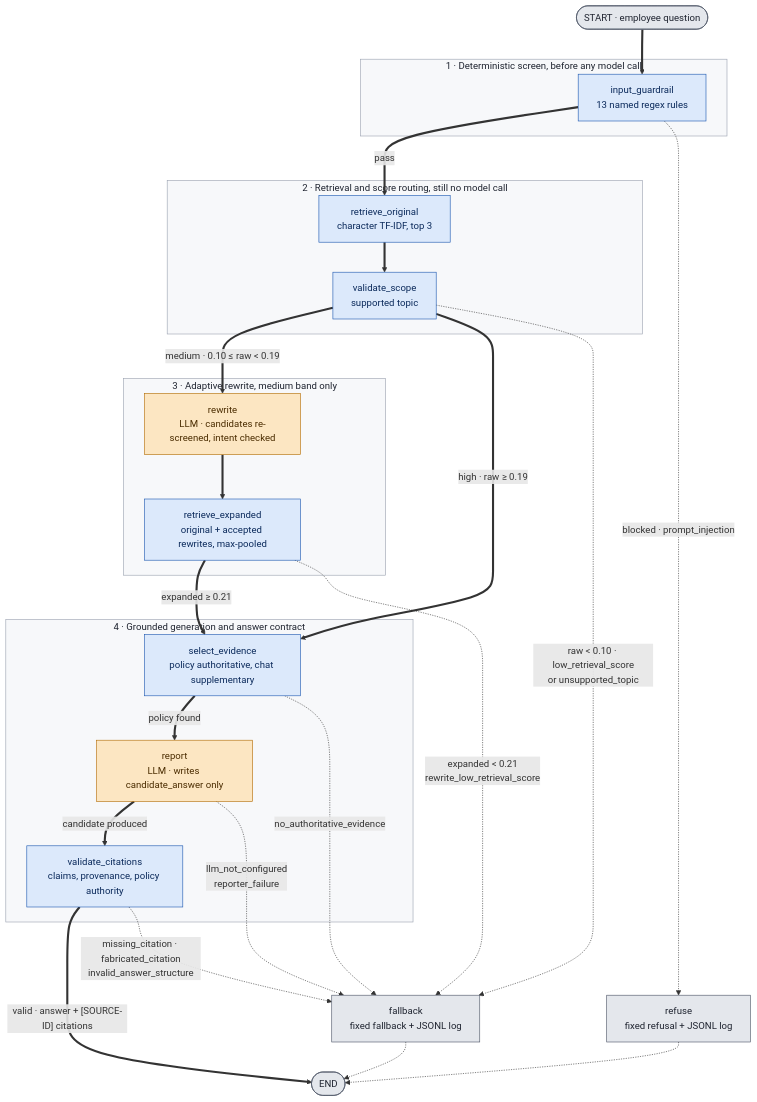
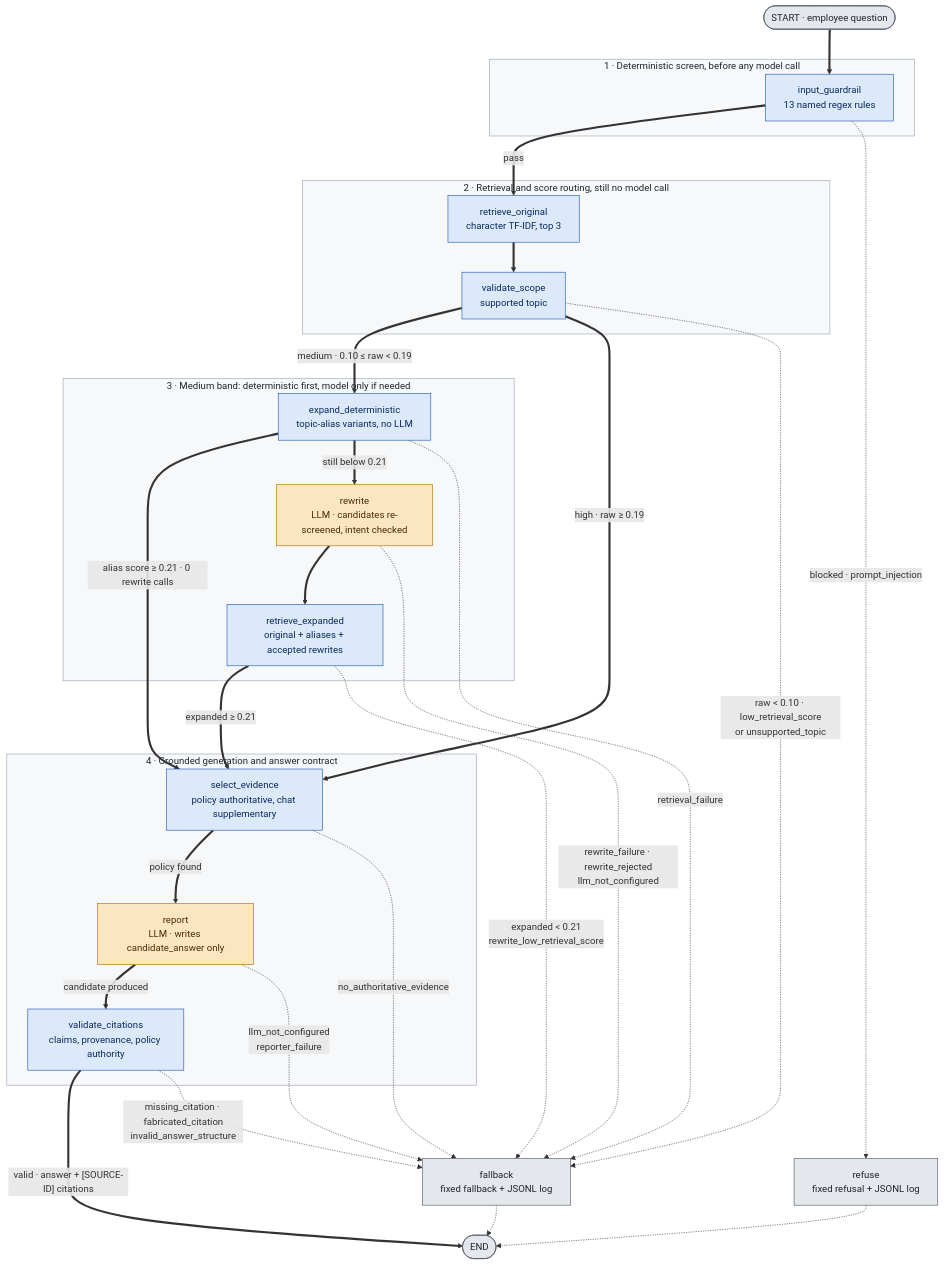
The diagram in README.md (Sayomphon/Enterprise_Knowledge_Support_Agent), drawn with Mermaid before and after one commit. The commit also changed other lines of this file and 22 other files, not shown here.

Commit message:
feat: add deterministic alias expansion and evaluation gates

````diff
--- a/README.md
+++ b/README.md
@@ -585,53 +117,58 @@
 ```mermaid
 flowchart TD
     Q(["START &middot; employee question"]):::term
 
     subgraph G1["1 &middot; Deterministic screen, before any model call"]
         IG["input_guardrail<br/>13 named regex rules"]:::det
     end
 
     subgraph G2["2 &middot; Retrieval and score routing, still no model call"]
         RO["retrieve_original<br/>character TF-IDF, top 3"]:::det
         VS["validate_scope<br/>supported topic"]:::det
     end
 
-    subgraph G3["3 &middot; Adaptive rewrite, medium band only"]
+    subgraph G3["3 &middot; Medium band: deterministic first, model only if needed"]
+        EX["expand_deterministic<br/>topic-alias variants, no LLM"]:::det
         RW["rewrite<br/>LLM &middot; candidates re-screened, intent checked"]:::llm
-        RE["retrieve_expanded<br/>original + accepted rewrites, max-pooled"]:::det
+        RE["retrieve_expanded<br/>original + aliases + accepted rewrites"]:::det
     end
 
     subgraph G4["4 &middot; Grounded generation and answer contract"]
         SE["select_evidence<br/>policy authoritative, chat supplementary"]:::det
         RP["report<br/>LLM &middot; writes candidate_answer only"]:::llm
         VC["validate_citations<br/>claims, provenance, policy authority"]:::det
     end
 
     REF["refuse<br/>fixed refusal + JSONL log"]:::term
     FB["fallback<br/>fixed fallback + JSONL log"]:::term
     EN(["END"]):::term
 
     Q ==> IG
     IG ==>|pass| RO
     IG -. "blocked &middot; prompt_injection" .-> REF
     RO ==> VS
-    VS ==>|"medium &middot; 0.10 &le; raw &lt; 0.19"| RW
+    VS ==>|"medium &middot; 0.10 &le; raw &lt; 0.19"| EX
     VS ==>|"high &middot; raw &ge; 0.19"| SE
     VS -. "raw &lt; 0.10 &middot; low_retrieval_score<br/>or unsupported_topic" .-> FB
+    EX ==>|"alias score &ge; 0.21 &middot; 0 rewrite calls"| SE
+    EX ==>|"still below 0.21"| RW
+    EX -. "retrieval_failure" .-> FB
     RW ==> RE
     RE ==>|"expanded &ge; 0.21"| SE
     RE -. "expanded &lt; 0.21<br/>rewrite_low_retrieval_score" .-> FB
+    RW -. "rewrite_failure &middot; rewrite_rejected<br/>llm_not_configured" .-> FB
     SE ==>|"policy found"| RP
     SE -. "no_authoritative_evidence" .-> FB
     RP ==>|"candidate produced"| VC
     RP -. "llm_not_configured<br/>reporter_failure" .-> FB
     VC ==>|"valid &middot; answer + [SOURCE-ID] citations"| EN
     VC -. "missing_citation &middot; fabricated_citation<br/>invalid_answer_structure" .-> FB
     REF -.-> EN
     FB -.-> EN
 
     classDef det fill:#DCE9FB,stroke:#1A56B0,color:#0B2A5B
     classDef llm fill:#FCE6C2,stroke:#B26A00,color:#4A2C00
     classDef term fill:#E4E7EC,stroke:#4B5364,color:#1F2430
     classDef band fill:#F7F8FA,stroke:#9AA1B0,color:#1F2430
     class G1,G2,G3,G4 band
 ```
````
